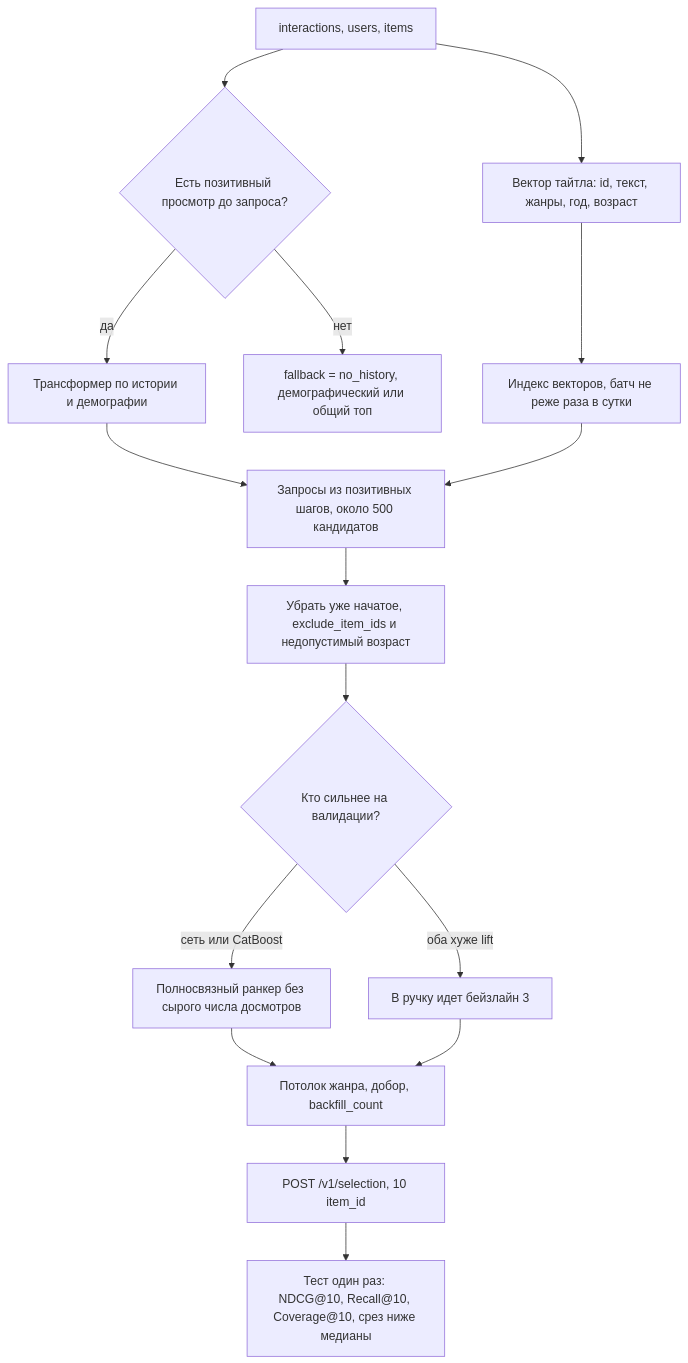
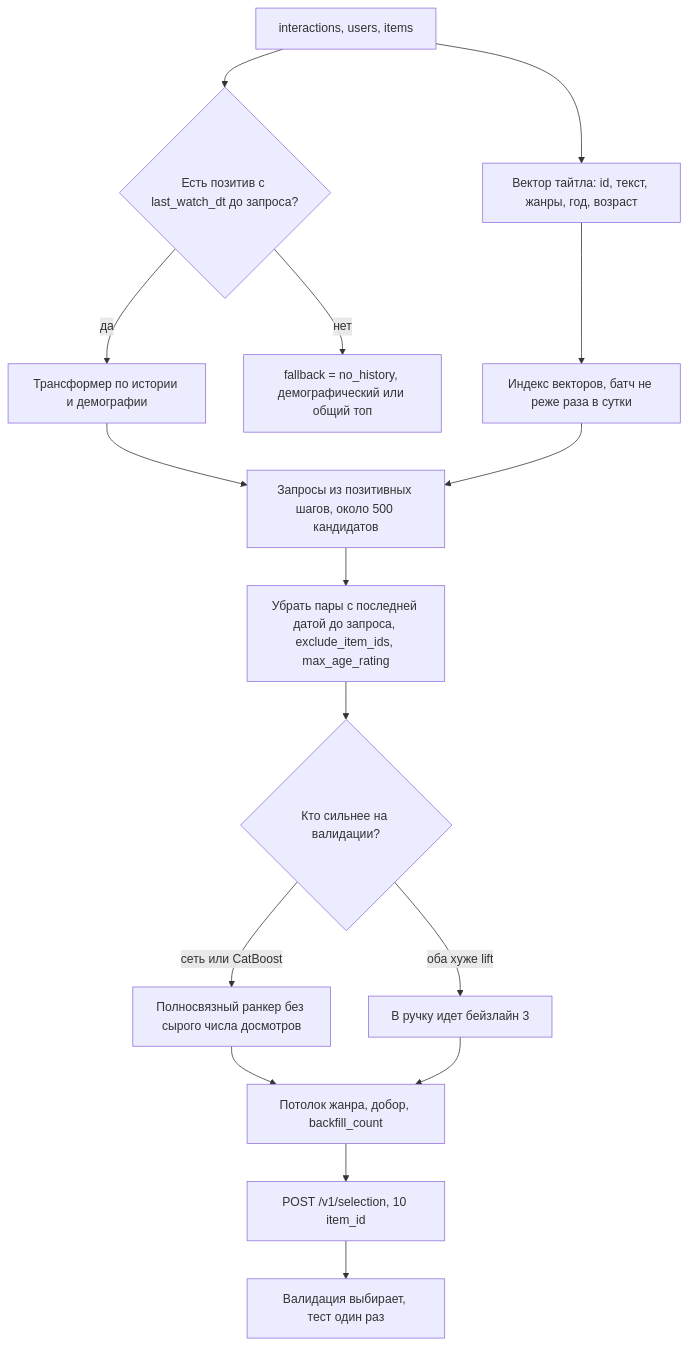
Before and after one commit to Cherten/movie-recsys: the second of 2 diagrams in docs/ml_system_design_doc.md, drawn with Mermaid. The commit also changed other lines of this file and 1 other file, not shown here.

````diff
--- a/docs/ml_system_design_doc.md
+++ b/docs/ml_system_design_doc.md
@@ -160,19 +163,19 @@
 ```mermaid
 flowchart TD
     raw["interactions, users, items"]
     raw --> itemEnc["Вектор тайтла: id, текст, жанры, год, возраст"]
     itemEnc --> index["Индекс векторов, батч не реже раза в сутки"]
-    raw --> cold{"Есть позитивный просмотр до запроса?"}
+    raw --> cold{"Есть позитив с last_watch_dt до запроса?"}
     cold -->|"нет"| fallback["fallback = no_history, демографический или общий топ"]
     cold -->|"да"| userEnc["Трансформер по истории и демографии"]
     userEnc --> cand["Запросы из позитивных шагов, около 500 кандидатов"]
     index --> cand
-    cand --> clean["Убрать уже начатое, exclude_item_ids и недопустимый возраст"]
+    cand --> clean["Убрать пары с последней датой до запроса, exclude_item_ids, max_age_rating"]
     clean --> pick{"Кто сильнее на валидации?"}
     pick -->|"сеть или CatBoost"| rank["Полносвязный ранкер без сырого числа досмотров"]
     pick -->|"оба хуже lift"| liftServe["В ручку идет бейзлайн 3"]
     rank --> cap["Потолок жанра, добор, backfill_count"]
     liftServe --> cap
     cap --> top10["POST /v1/selection, 10 item_id"]
-    top10 --> metrics["Тест один раз: NDCG@10, Recall@10, Coverage@10, срез ниже медианы"]
+    top10 --> metrics["Валидация выбирает, тест один раз"]
 ```
````
